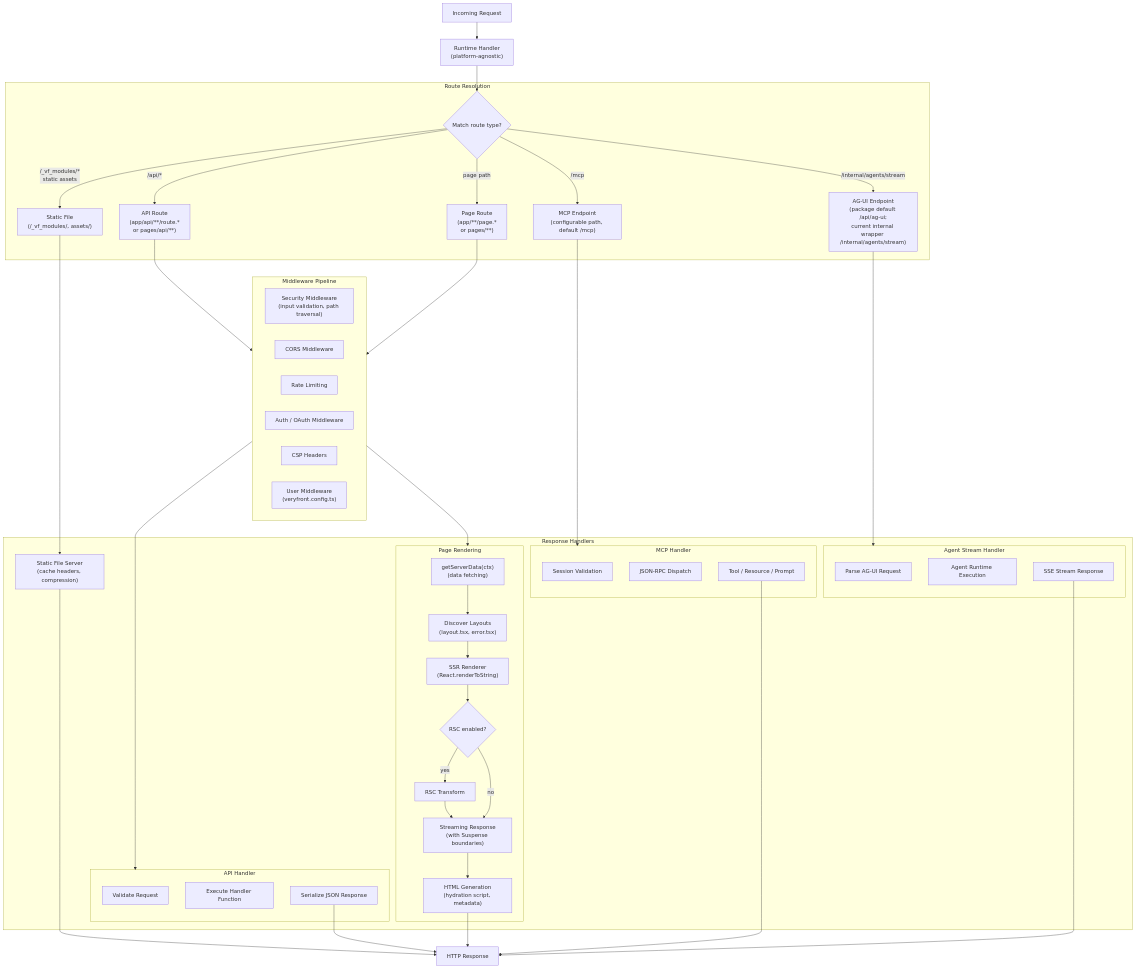
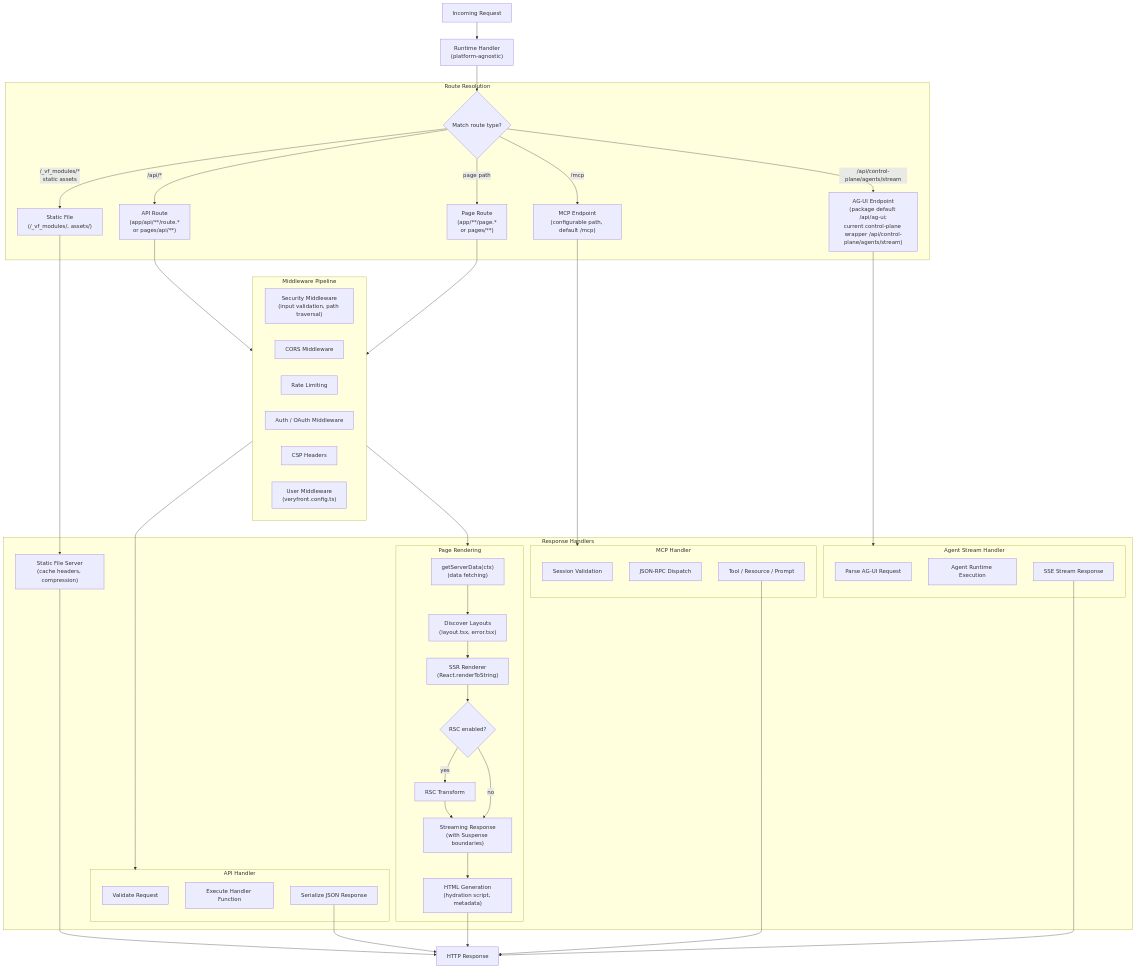
The second of 4 diagrams in docs/architecture/02-request-pipeline.md (veryfront/veryfront-code), drawn with Mermaid before and after one commit. The commit also changed other lines of this file and 35 other files, not shown here.

Commit message:
Use control-plane agent service routes

```diff
--- a/docs/architecture/02-request-pipeline.md
+++ b/docs/architecture/02-request-pipeline.md
@@ -66,7 +66,7 @@
         APIRoute["API Route<br/>(app/api/**/route.*<br/>or pages/api/**)"]
         PageRoute["Page Route<br/>(app/**/page.*<br/>or pages/**)"]
         MCPEndpoint["MCP Endpoint<br/>(configurable path, default /mcp)"]
-        AgentEndpoint["AG-UI Endpoint<br/>(package default /api/ag-ui;<br/>current internal wrapper /internal/agents/stream)"]
+        AgentEndpoint["AG-UI Endpoint<br/>(package default /api/ag-ui;<br/>current control-plane wrapper /api/control-plane/agents/stream)"]
     end
 
     subgraph MiddlewarePipeline["Middleware Pipeline"]
@@ -119,7 +119,7 @@
     RouteMatch -->|"/api/*"| APIRoute
     RouteMatch -->|"page path"| PageRoute
     RouteMatch -->|"/mcp"| MCPEndpoint
-    RouteMatch -->|"/internal/agents/stream"| AgentEndpoint
+    RouteMatch -->|"/api/control-plane/agents/stream"| AgentEndpoint
 
     StaticFile --> StaticHandler
     APIRoute --> MiddlewarePipeline
```
